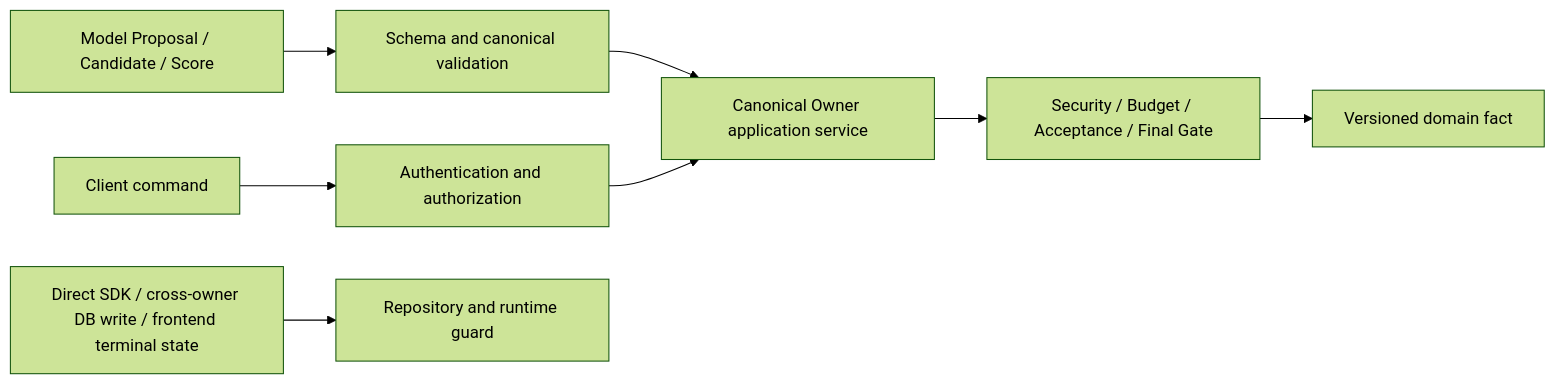
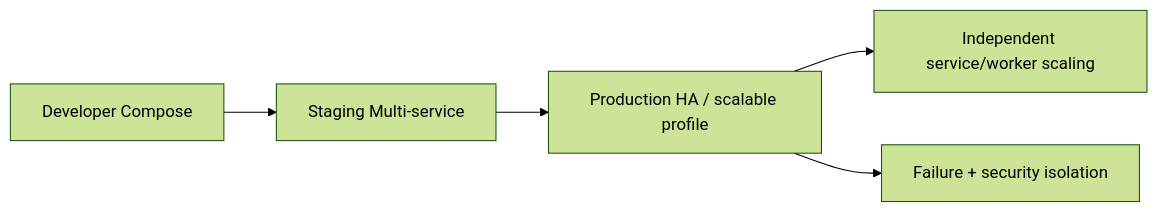
Before and after one commit to ProfessorZhi/Zuno: the tenth of 14 diagrams in docs/project/architecture/architecture-views.md, drawn with Mermaid (forest theme). The commit also changed other lines of this file and 99 other files, not shown here.

Commit message:
docs: reframe architecture around Python microservices

````diff
--- a/docs/project/architecture/architecture-views.md
+++ b/docs/project/architecture/architecture-views.md
@@ -339,9 +145,7 @@
 ```mermaid
 flowchart LR
-  MODEL[Model Proposal / Candidate / Score] --> SCHEMA[Schema and canonical validation]
-  CLIENT[Client command] --> AUTH[Authentication and authorization]
-  SCHEMA & AUTH --> OWNER[Canonical Owner application service]
-  OWNER --> POLICY[Security / Budget / Acceptance / Final Gate]
-  POLICY --> FACT[Versioned domain fact]
-  BYPASS[Direct SDK / cross-owner DB write / frontend terminal state] --> REJECT[Repository and runtime guard]
+  DEV[Developer Compose] --> STAGE[Staging Multi-service]
+  STAGE --> PROD[Production HA / scalable profile]
+  PROD --> SCALE[Independent service/worker scaling]
+  PROD --> ISOLATE[Failure + security isolation]
 ```
````
